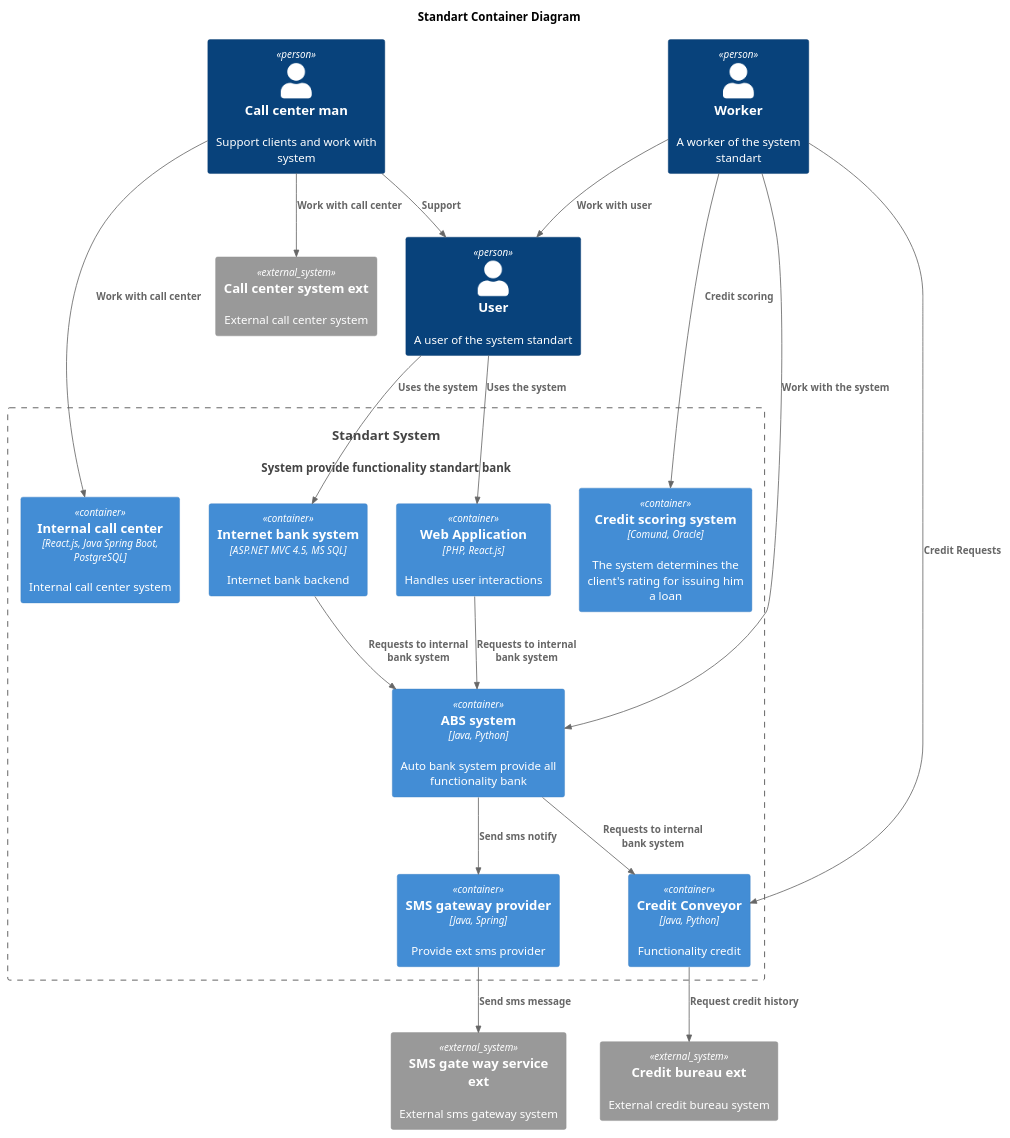
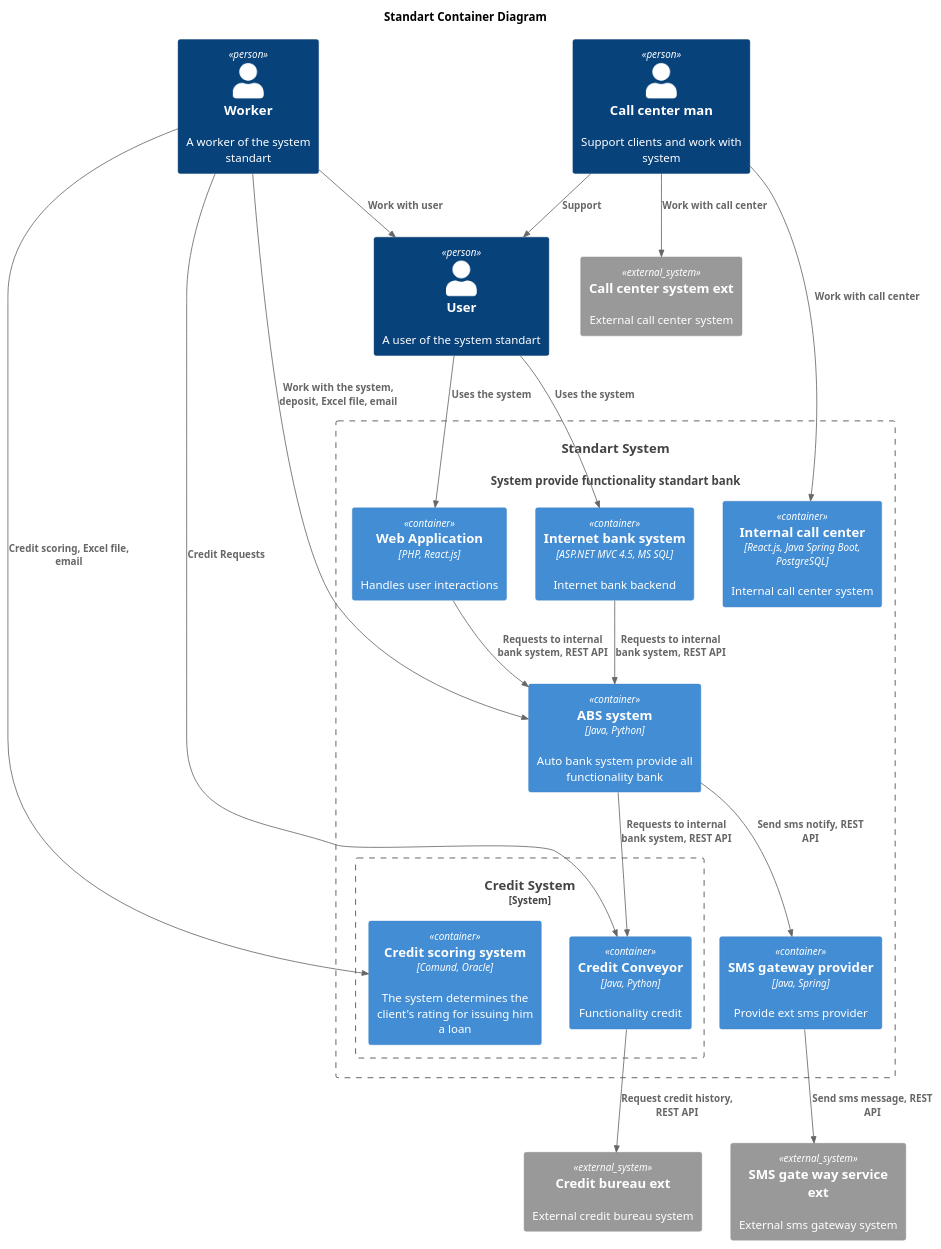
Before and after one commit to baranovilyaserg/architecture-pro-standart: the diagram in Task3/container.puml, drawn with PlantUML. The commit also changed 11 other files, not shown here.

```diff
--- a/Task3/container.puml
+++ b/Task3/container.puml
@@ -1,44 +1,46 @@
 @startuml
 title Standart Container Diagram
 
 top to bottom direction
 
 !includeurl https://raw.githubusercontent.com/RicardoNiepel/C4-PlantUML/master/C4_Component.puml
 
 Person(user, "User", "A user of the system standart")
 Person(worker, "Worker", "A worker of the system standart")
 Person(callcenterman, "Call center man", "Support clients and work with system")
 
 System(StandartSystem, "Standart System", "System provide functionality standart bank")
 
 Container_Boundary(StandartSystem, "Standart System") {
   Container(WebApp, "Web Application", "PHP, React.js", "Handles user interactions")
   Container(InternetBank, "Internet bank system", "ASP.NET MVC 4.5, MS SQL", "Internet bank backend")
   Container(ABS, "ABS system", "Java, Python", "Auto bank system provide all functionality bank")
+System_Boundary(CreditSystem, "Credit System") {
   Container(CreditСonveyor, "Credit Conveyor", "Java, Python", "Functionality credit")
   Container(CreditScoringSystem, "Credit scoring system", "Comund, Oracle", "The system determines the client's rating for issuing him a loan")
+}
   Container(InternalCallCenter, "Internal call center", "React.js, Java Spring Boot, PostgreSQL", "Internal call center system")
   Container(SMSGateWayProvider, "SMS gateway provider", "Java, Spring", "Provide ext sms provider")
 }
 
 System_Ext(ExtSMSGateWay, "SMS gate way service ext", "External sms gateway system")
 System_Ext(ExtCreditBureau, "Credit bureau ext", "External credit bureau system")
 System_Ext(ExtCallCenterSystem, "Call center system ext", "External call center system")
 
 Rel(user, WebApp, "Uses the system")
 Rel(user, InternetBank, "Uses the system")
 Rel(callcenterman, ExtCallCenterSystem, "Work with call center")
 Rel(callcenterman, InternalCallCenter, "Work with call center")
 Rel(callcenterman, user, "Support")
 Rel(worker, user, "Work with user")
-Rel(worker, ABS, "Work with the system")
+Rel(worker, ABS, "Work with the system, deposit, Excel file, email")
 Rel(worker, CreditСonveyor, "Credit Requests")
-Rel(worker, CreditScoringSystem, "Credit scoring")
+Rel(worker, CreditScoringSystem, "Credit scoring, Excel file, email")
 
-Rel(WebApp, ABS, "Requests to internal bank system")
-Rel(InternetBank, ABS, "Requests to internal bank system")
-Rel(ABS, CreditСonveyor, "Requests to internal bank system")
-Rel(ABS, SMSGateWayProvider, "Send sms notify")
-Rel(SMSGateWayProvider, ExtSMSGateWay, "Send sms message")
-Rel(CreditСonveyor, ExtCreditBureau, "Request credit history")
+Rel(WebApp, ABS, "Requests to internal bank system, REST API")
+Rel(InternetBank, ABS, "Requests to internal bank system, REST API")
+Rel(ABS, CreditСonveyor, "Requests to internal bank system, REST API")
+Rel(ABS, SMSGateWayProvider, "Send sms notify, REST API")
+Rel(SMSGateWayProvider, ExtSMSGateWay, "Send sms message, REST API")
+Rel(CreditСonveyor, ExtCreditBureau, "Request credit history, REST API")
 @enduml
```
